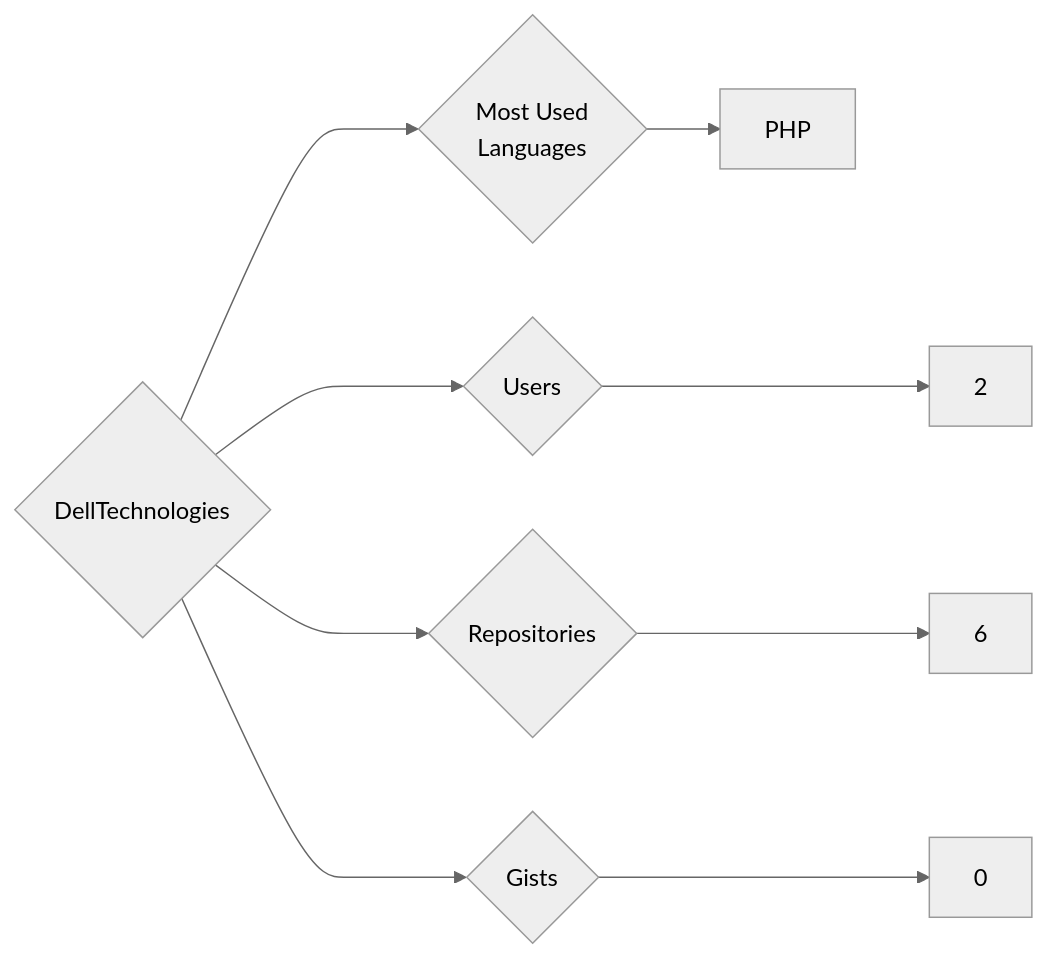
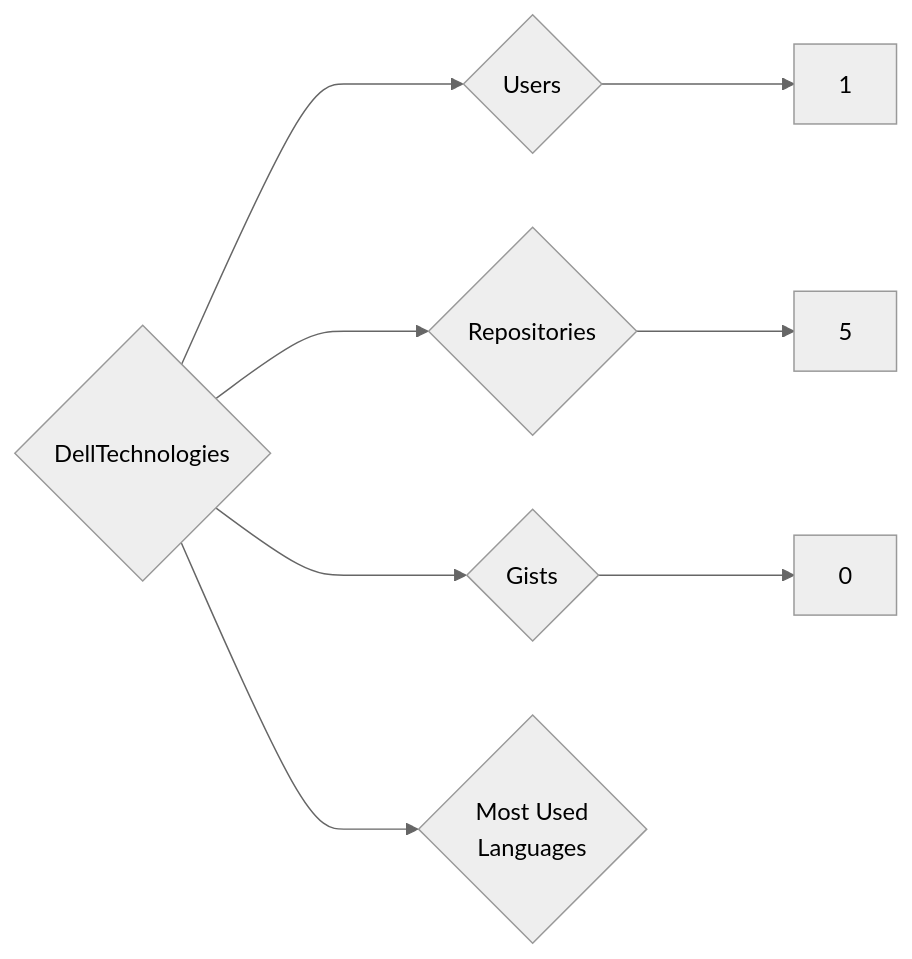
The diagram in targets/DellTechnologies/README.md (trickest/insiders), drawn with Mermaid (neutral theme) before and after one commit. The commit also changed 1020 other files, not shown here.

````diff
--- a/targets/DellTechnologies/README.md
+++ b/targets/DellTechnologies/README.md
@@ -3,9 +3,8 @@
 ```mermaid
 graph LR
 COMPANY_NAME{DellTechnologies}
-COMPANY_NAME ---> U{Users} ---> UN[2]
-COMPANY_NAME ---> R{Repositories} ---> RN[6]
+COMPANY_NAME ---> U{Users} ---> UN[1]
+COMPANY_NAME ---> R{Repositories} ---> RN[5]
 COMPANY_NAME ---> G{Gists} ---> GN[0]
 COMPANY_NAME ---> ML{Most Used<br>Languages}
-ML --> PHP[PHP]
 ```
````
